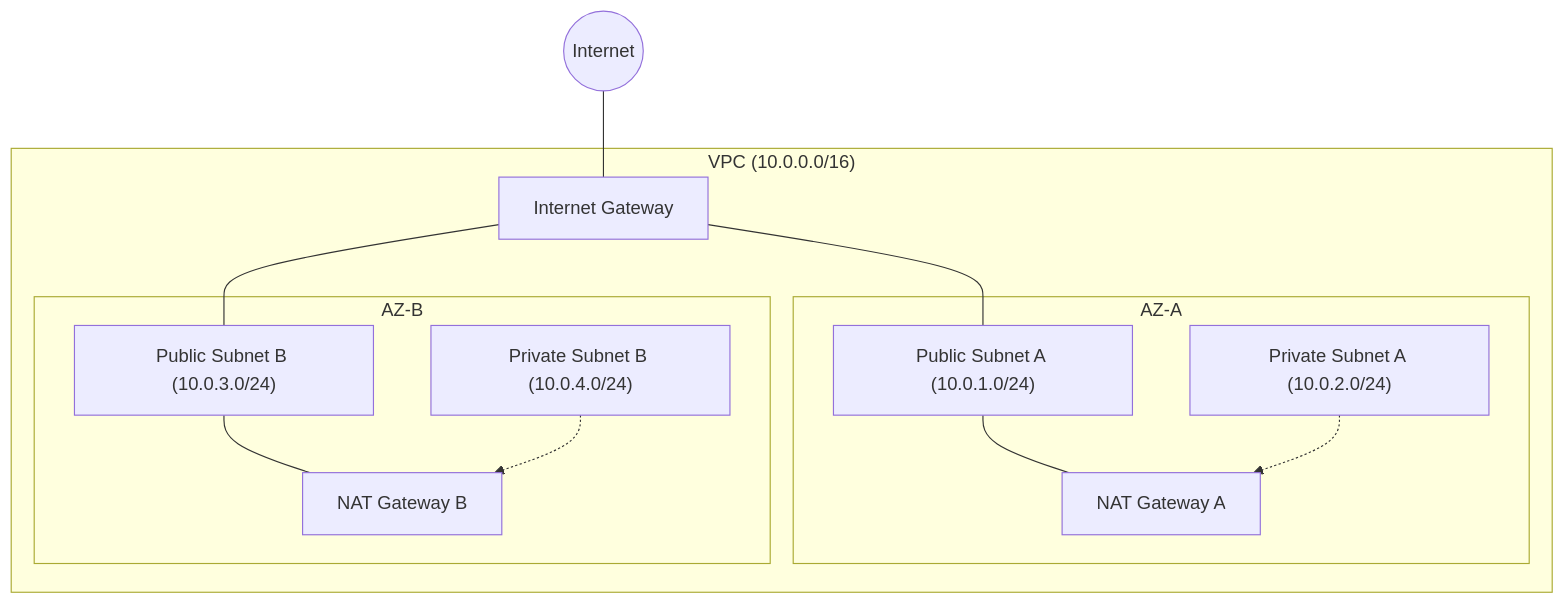
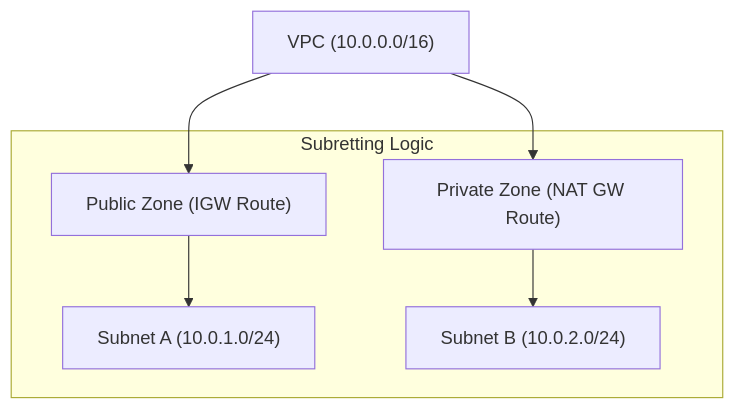
The diagram in 2-Intermediate/01-Networking-VPC/02-Subnetting-and-CIDR/README.md (Ganil151/Devops), drawn with Mermaid before and after one commit. The commit also changed other lines of this file and 7 other files, not shown here.

````diff
--- a/2-Intermediate/01-Networking-VPC/02-Subnetting-and-CIDR/README.md
+++ b/2-Intermediate/01-Networking-VPC/02-Subnetting-and-CIDR/README.md
@@ -61,29 +18,10 @@
 ```mermaid
 graph TD
-    subgraph VPC ["VPC (10.0.0.0/16)"]
-        IGW["Internet Gateway"]
-        
-        subgraph AZ1 ["AZ-A"]
-            Public_A["Public Subnet A (10.0.1.0/24)"]
-            Private_A["Private Subnet A (10.0.2.0/24)"]
-            NAT_A["NAT Gateway A"]
-            
-            Public_A --- NAT_A
-        end
-        
-        subgraph AZ2 ["AZ-B"]
-            Public_B["Public Subnet B (10.0.3.0/24)"]
-            Private_B["Private Subnet B (10.0.4.0/24)"]
-            NAT_B["NAT Gateway B"]
-            
-            Public_B --- NAT_B
-        end
-        
-        IGW --- Public_A
-        IGW --- Public_B
-        Private_A -.-> NAT_A
-        Private_B -.-> NAT_B
+    VPC["VPC (10.0.0.0/16)"] --> Pub["Public Zone (IGW Route)"]
+    VPC --> Priv["Private Zone (NAT GW Route)"]
+    
+    subgraph "Subretting Logic"
+    Pub --> S1["Subnet A (10.0.1.0/24)"]
+    Priv --> S2["Subnet B (10.0.2.0/24)"]
     end
-
-    Internet((Internet)) --- IGW
 ```
````
